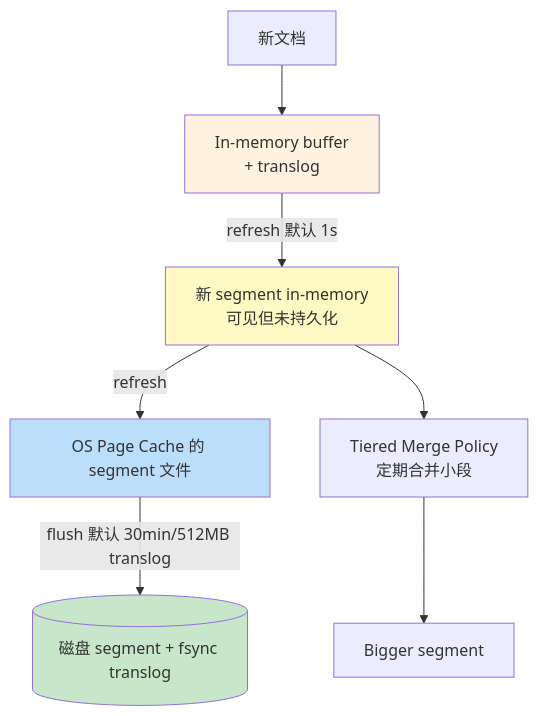
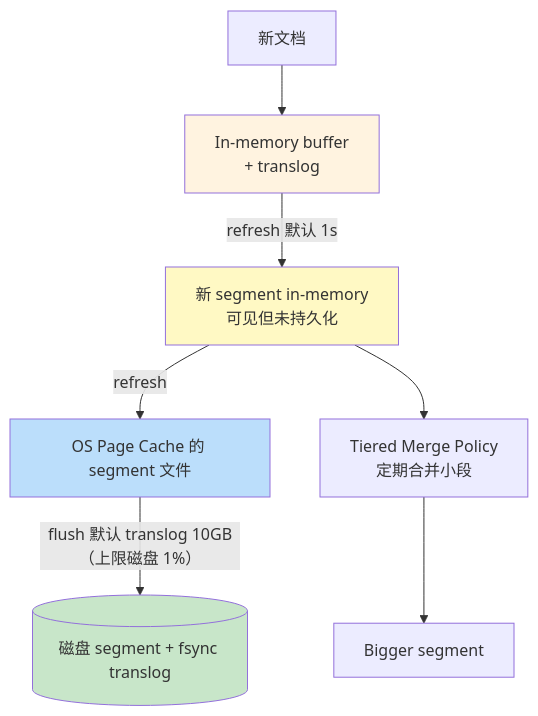
One commit to Kirby980/backend-handbook changed the third of 7 diagrams in elasticsearch/ROADMAP.md. Above: the diagram before and after it, drawn with Mermaid. The commit also changed other lines of this file and 135 other files, not shown here.

````diff
--- a/elasticsearch/ROADMAP.md
+++ b/elasticsearch/ROADMAP.md
@@ -74,15 +74,15 @@
 ```mermaid
 flowchart TD
     Doc[新文档] --> InMem[In-memory buffer<br>+ translog]
     InMem -->|refresh 默认 1s| SegInMem[新 segment in-memory<br>可见但未持久化]
     SegInMem -->|refresh| FsCache[OS Page Cache 的 segment 文件]
-    FsCache -->|flush 默认 30min/512MB translog| Disk[(磁盘 segment + fsync translog)]
+    FsCache -->|flush 默认 translog 10GB（上限磁盘 1%）| Disk[(磁盘 segment + fsync translog)]
 
     SegInMem --> Merge[Tiered Merge Policy<br>定期合并小段]
     Merge --> BigSeg[Bigger segment]
 
     style InMem fill:#fff3e0
     style SegInMem fill:#fff9c4
     style FsCache fill:#bbdefb
     style Disk fill:#c8e6c9
 ```
````
